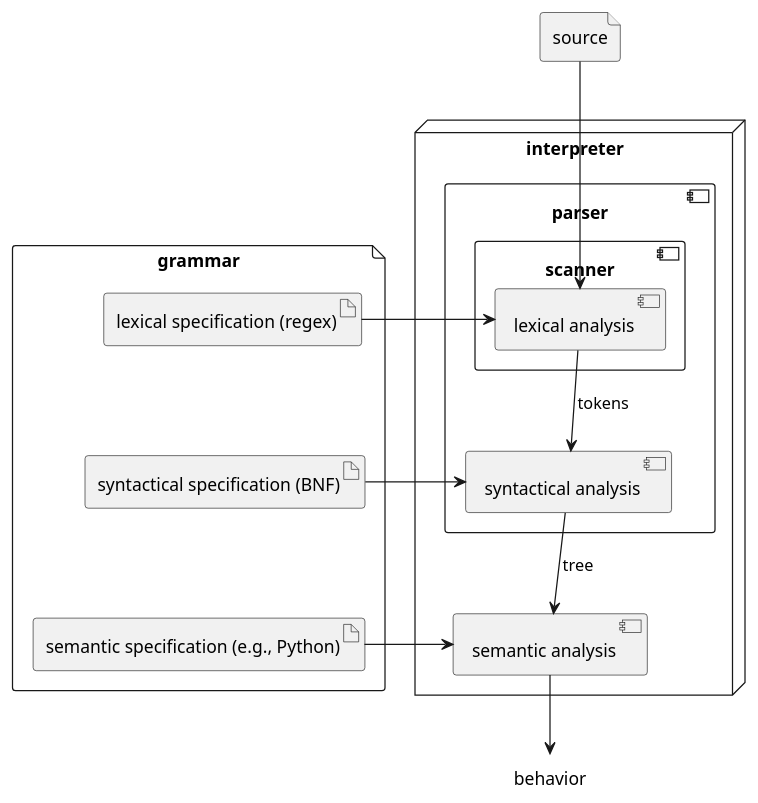
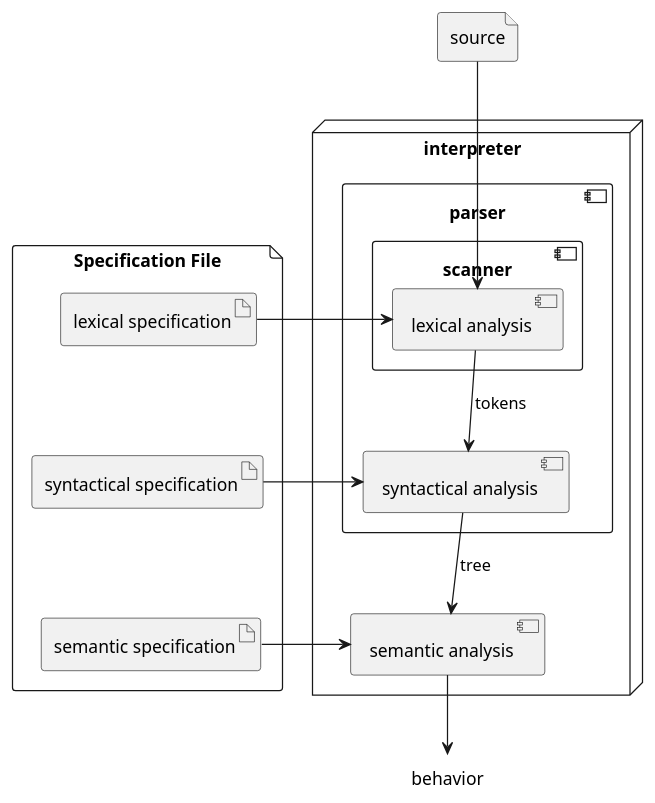
Before and after one commit to ourPLCC/course-materials-ng: the third of 3 diagrams in textbook/01-overview.md, drawn with PlantUML. The commit also changed other lines of this file, not shown here.

Commit message:
docs: Replace "grammar" with "specification"

````diff
--- a/textbook/01-overview.md
+++ b/textbook/01-overview.md
@@ -85,35 +85,35 @@
 ```plantuml
 @startuml
-file grammar {
-    artifact lexspec as "lexical specification (regex)"
-    artifact synspec as "syntactical specification (BNF)"
-    artifact semspec as "semantic specification (e.g., Python)"
+file "Specification File" {
+    artifact lexspec as "lexical specification"
+    artifact synspec as "syntactical specification"
+    artifact semspec as "semantic specification"
 }
 
 file source
 
 node interpreter {
     component parser {
         component scanner {
             component lexan as "lexical analysis"
         }
         component synan as "syntactical analysis"
     }
     component seman as "semantic analysis"
 }
 
 label behavior
 
 lexspec -> lexan
 synspec -> synan
 semspec -> seman
 
 lexspec -[hidden]-> synspec
 synspec -[hidden]-> semspec
 
 source --> lexan
 lexan --> synan : tokens
 synan --> seman : tree
 seman --> behavior
 @enduml
 ```
````
